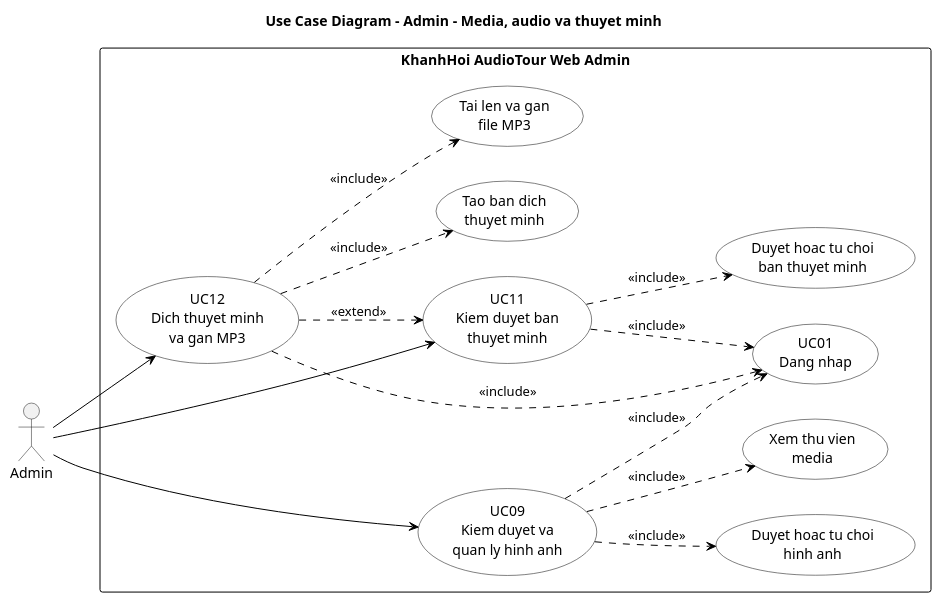
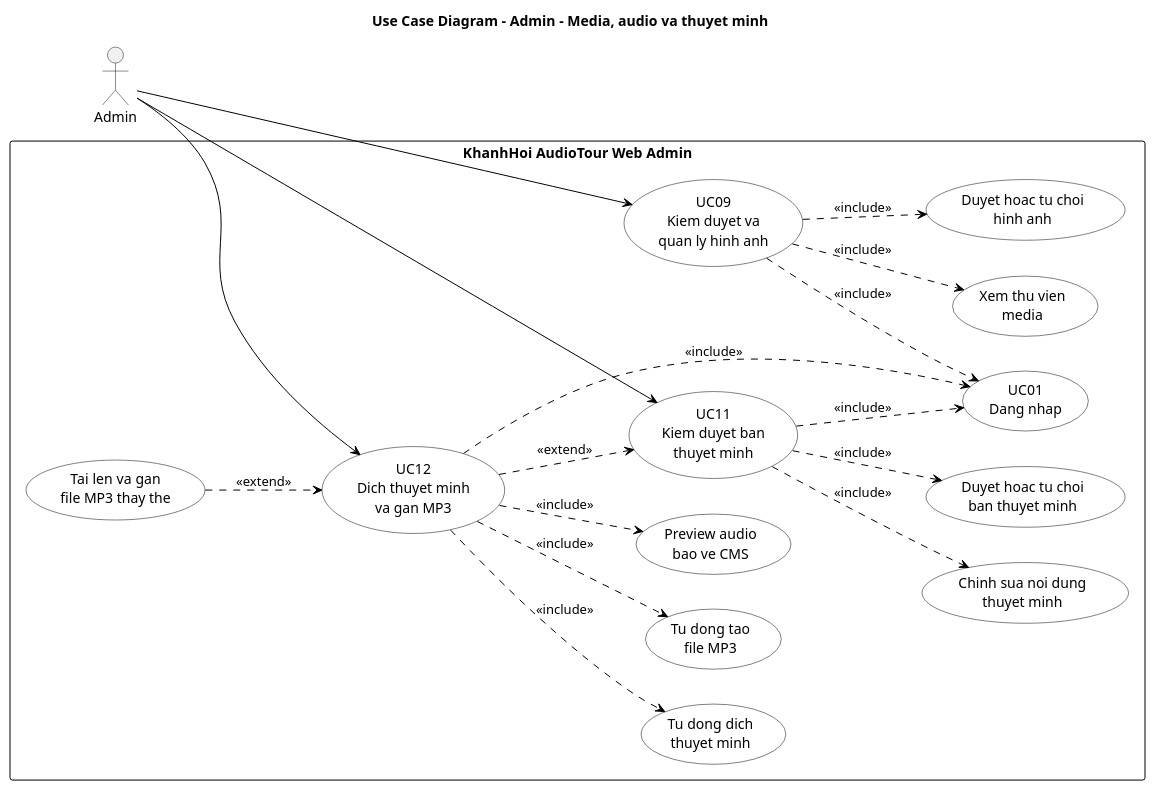
One commit to HPhuc122/VinhHy.AudioTour changed the diagram in docs/plantuml/usecase/ADMIN_03_media_audio_thuyet_minh_usecase.puml. Above: the diagram before and after it, drawn with PlantUML. The commit also changed 29 other files, not shown here.

```diff
--- a/docs/plantuml/usecase/ADMIN_03_media_audio_thuyet_minh_usecase.puml
+++ b/docs/plantuml/usecase/ADMIN_03_media_audio_thuyet_minh_usecase.puml
@@ -1,48 +1,54 @@
 @startuml
 title Use Case Diagram - Admin - Media, audio va thuyet minh
 
 left to right direction
 skinparam shadowing false
 skinparam monochrome true
 skinparam defaultFontName Arial
 skinparam usecase {
   BackgroundColor white
   BorderColor black
   FontColor black
 }
 skinparam rectangle {
   BackgroundColor white
   BorderColor black
   FontColor black
 }
 skinparam ArrowColor black
 
 actor "Admin" as Admin
 
 rectangle "KhanhHoi AudioTour Web Admin" {
   usecase "UC09\nKiem duyet va\nquan ly hinh anh" as UC09
   usecase "UC11\nKiem duyet ban\nthuyet minh" as UC11
   usecase "UC12\nDich thuyet minh\nva gan MP3" as UC12
   usecase "UC01\nDang nhap" as UC01
   usecase "Xem thu vien\nmedia" as MediaList
   usecase "Duyet hoac tu choi\nhinh anh" as ReviewImage
   usecase "Duyet hoac tu choi\nban thuyet minh" as ReviewNarration
-  usecase "Tao ban dich\nthuyet minh" as TranslateNarration
-  usecase "Tai len va gan\nfile MP3" as AttachMp3
+  usecase "Chinh sua noi dung\nthuyet minh" as EditNarration
+  usecase "Tu dong dich\nthuyet minh" as TranslateNarration
+  usecase "Tu dong tao\nfile MP3" as AutoTts
+  usecase "Tai len va gan\nfile MP3 thay the" as AttachMp3
+  usecase "Preview audio\nbao ve CMS" as PreviewAudio
 }
 
 Admin --> UC09
 Admin --> UC11
 Admin --> UC12
 
 UC09 ..> UC01 : <<include>>
 UC11 ..> UC01 : <<include>>
 UC12 ..> UC01 : <<include>>
 UC09 ..> MediaList : <<include>>
 UC09 ..> ReviewImage : <<include>>
 UC11 ..> ReviewNarration : <<include>>
+UC11 ..> EditNarration : <<include>>
 UC12 ..> TranslateNarration : <<include>>
-UC12 ..> AttachMp3 : <<include>>
+UC12 ..> AutoTts : <<include>>
+UC12 ..> PreviewAudio : <<include>>
+AttachMp3 ..> UC12 : <<extend>>
 UC12 ..> UC11 : <<extend>>
 
 @enduml
```
